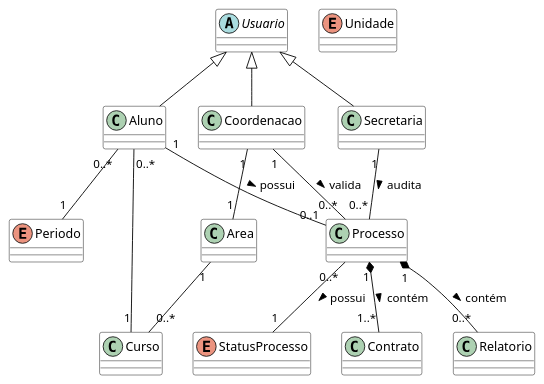
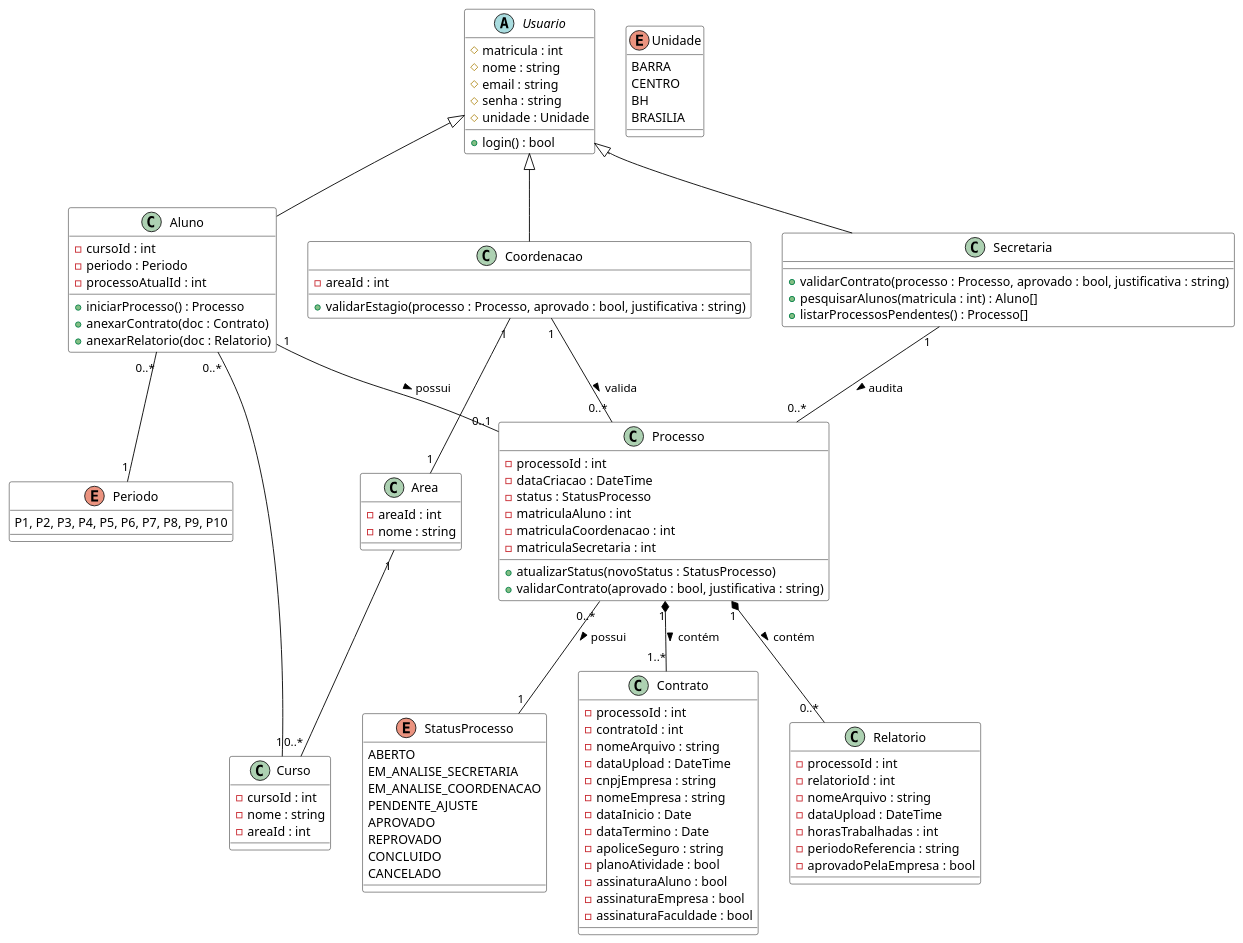
One commit to Projetos-de-Extensao/PBE_26.1_8002_III changed the diagram in docs/assets/Diagramas/src/diagrama_de_classes.puml. Above: the diagram before and after it, drawn with PlantUML. The commit also changed 30 other files, not shown here.

```diff
--- a/docs/assets/Diagramas/src/diagrama_de_classes.puml
+++ b/docs/assets/Diagramas/src/diagrama_de_classes.puml
@@ -1,130 +1,131 @@
 @startuml
 
 ' --- Estilos ---
 skinparam class {
     BackgroundColor White
     ArrowColor Black
     BorderColor Black
 }
 
 ' --- Enums ---
 enum StatusProcesso {
-    ' ABERTO
-    ' EM_ANALISE_SECRETARIA
-    ' EM_ANALISE_COORDENACAO
-    ' PENDENTE_AJUSTE
-    ' APROVADO
-    ' REPROVADO
-    ' CONCLUIDO
-    ' CANCELADO
+    ABERTO
+    EM_ANALISE_SECRETARIA
+    EM_ANALISE_COORDENACAO
+    PENDENTE_AJUSTE
+    APROVADO
+    REPROVADO
+    CONCLUIDO
+    CANCELADO
 }
 
 enum Unidade {
-    ' BARRA
-    ' CENTRO
-    ' BH
-    ' BRASILIA
+    BARRA
+    CENTRO
+    BH
+    BRASILIA
 }
 
 enum Periodo {
-    ' P1, P2, P3, P4, P5, P6, P7, P8, P9, P10
+    P1, P2, P3, P4, P5, P6, P7, P8, P9, P10
 }
 
 ' --- Classes Principais ---
 
 abstract class Usuario {
-    ' # matricula : int
-    ' # nome : string
-    ' # email : string
-    ' # senha : string
-    ' # unidade : Unidade
-    ' + login() : bool
+    # matricula : int
+    # nome : string
+    # email : string
+    # senha : string
+    # unidade : Unidade
+    + login() : bool
 }
 
 class Aluno extends Usuario {
-    ' - curso : Curso
-    ' - periodo : Periodo
-    ' - processoAtual : Processo
-    ' + iniciarProcesso() : Processo
-    ' + anexarContrato(doc : Contrato)
-    ' + anexarRelatorio(doc : Relatorio)
+    - cursoId : int
+    - periodo : Periodo
+    - processoAtualId : int
+    + iniciarProcesso() : Processo
+    + anexarContrato(doc : Contrato)
+    + anexarRelatorio(doc : Relatorio)
 }
 
 class Secretaria extends Usuario {
-    ' + validarContrato(processo : Processo, aprovado : bool, justificativa : string)
-    ' + pesquisarAlunos(matricula : int) : Aluno[]
-    ' + listarProcessosPendentes() : Processo[]
+    + validarContrato(processo : Processo, aprovado : bool, justificativa : string)
+    + pesquisarAlunos(matricula : int) : Aluno[]
+    + listarProcessosPendentes() : Processo[]
 }
 
 class Coordenacao extends Usuario {
-    ' - area : Area
-    ' + validarEstagio(processo : Processo, aprovado : bool, justificativa : string)
+    - areaId : int
+    + validarEstagio(processo : Processo, aprovado : bool, justificativa : string)
 }
 
 class Processo {
-   ' - processoId : int
-   ' - dataCriacao : DateTime
-   ' - status : StatusProcesso
-   ' - aluno : Aluno
-   ' - coordenacao : Coordenacao
-   ' - secretaria : Secretaria
-   ' + atualizarStatus(novoStatus : StatusProcesso)
-   ' + validarContrato(aprovado : bool, justificativa : string)
+   - processoId : int
+   - dataCriacao : DateTime
+   - status : StatusProcesso
+   - matriculaAluno : int
+   - matriculaCoordenacao : int
+   - matriculaSecretaria : int
+   + atualizarStatus(novoStatus : StatusProcesso)
+   + validarContrato(aprovado : bool, justificativa : string)
 }
 
 class Contrato {
-    ' - processo : Processo
-    ' - contratoId : int
-    ' - nomeArquivo : string
-    ' - dataUpload : DateTime
-    ' - cnpjEmpresa : string
-    ' - nomeEmpresa : string
-    ' - dataInicio : Date
-    ' - dataTermino : Date
-    ' - apoliceSeguro : string
-    ' - planoAtividade : bool
-    ' - assinaturaAluno : bool
-    ' - assinaturaEmpresa : bool
-    ' - assinaturaFaculdade : bool
+    - processoId : int
+    - contratoId : int
+    - nomeArquivo : string
+    - dataUpload : DateTime
+    - cnpjEmpresa : string
+    - nomeEmpresa : string
+    - dataInicio : Date
+    - dataTermino : Date
+    - apoliceSeguro : string
+    - planoAtividade : bool
+    - assinaturaAluno : bool
+    - assinaturaEmpresa : bool
+    - assinaturaFaculdade : bool
 }
 
 class Relatorio {
-    ' - processo : Processo
-    ' - relatorioId : int
-    ' - nomeArquivo : string
-    ' - dataUpload : DateTime
-    ' - horasTrabalhadas : int
-    ' - periodoReferencia : string
-    ' - aprovadoPelaEmpresa : bool
+    - processoId : int
+    - relatorioId : int
+    - nomeArquivo : string
+    - dataUpload : DateTime
+    - horasTrabalhadas : int
+    - periodoReferencia : string
+    - aprovadoPelaEmpresa : bool
 }
 
 class Curso {
-    ' - cursoId : int
-    ' - nome : string
+    - cursoId : int
+    - nome : string
+    - areaId : int
 }
 
 class Area {
-    ' - areaId : int
-    ' - nome : string
+    - areaId : int
+    - nome : string
 }
 
 ' --- Relacionamentos ---
 
 ' Um aluno pertence a um curso e período
 Aluno "0..*" -- "1" Curso
 Aluno "0..*" -- "1" Periodo
 
 ' Hierarquia de Curso e Área
 Area "1" -- "0..*" Curso
 Coordenacao "1" -- "1" Area
 
 ' Relacionamento de Processo
 Aluno "1" -- "0..1" Processo : possui >
 Secretaria "1" -- "0..*" Processo : audita >
 Coordenacao "1" -- "0..*" Processo : valida >
 
 Processo "1" *-- "1..*" Contrato : contém >
 Processo "1" *-- "0..*" Relatorio : contém >
 Processo "0..*" -- "1" StatusProcesso : possui >
 
 @enduml
```
